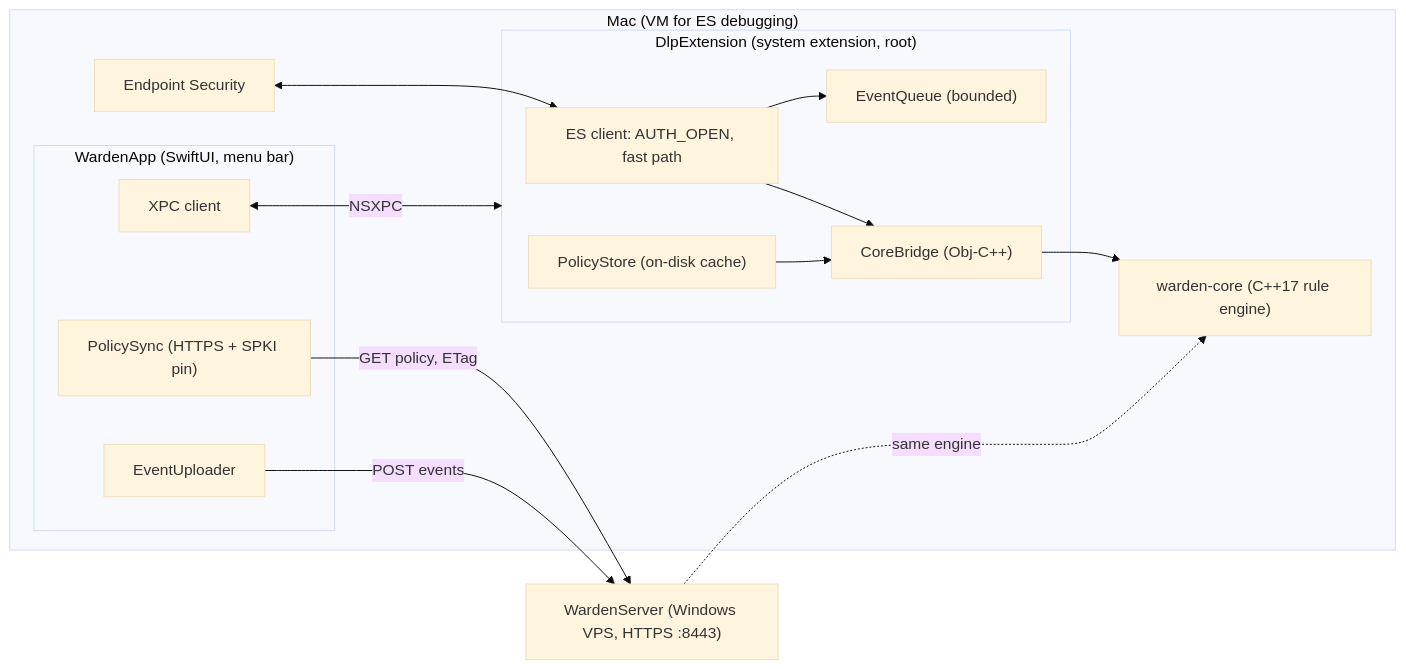
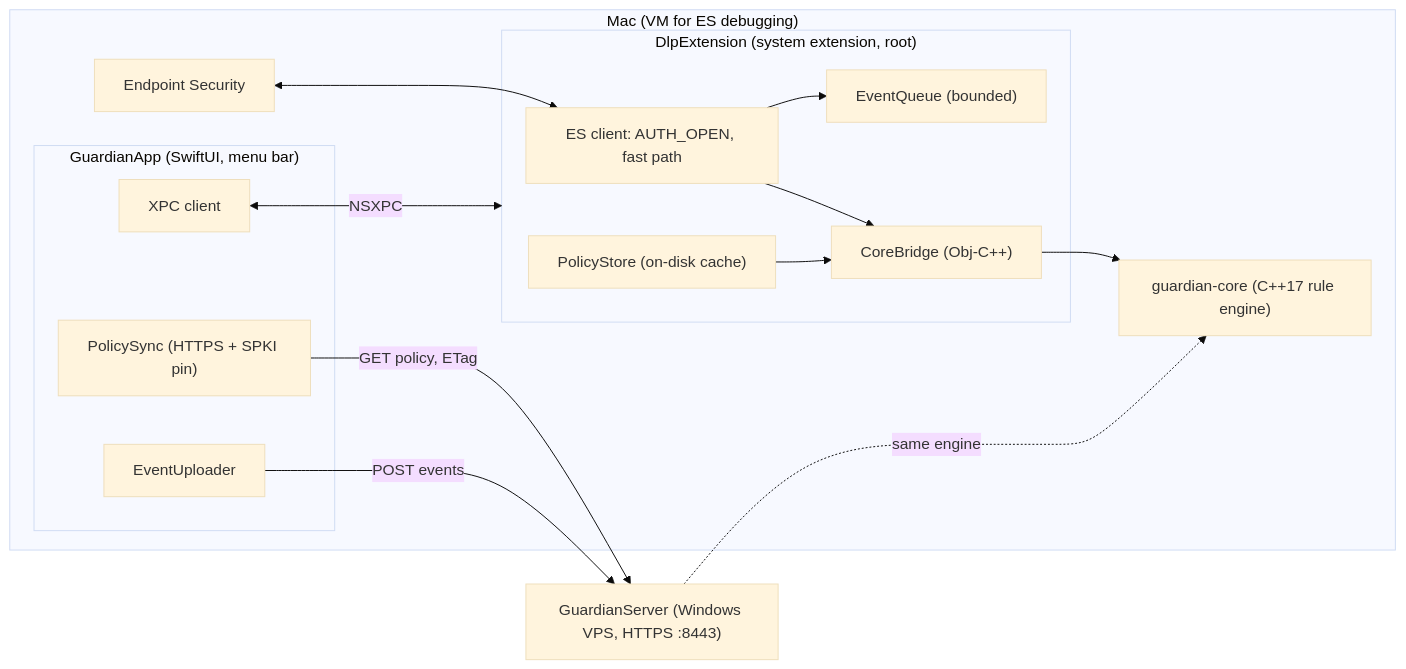
One commit to EugeneHil/guardian-macos changed the diagram in README.md. Above: the diagram before and after it, drawn with Mermaid (base theme). The commit also changed other lines of this file and 16 other files, not shown here.

First line of the commit message:
docs: rename Warden to Guardian in documentation (#24)

````diff
--- a/README.md
+++ b/README.md
@@ -12,27 +12,27 @@
 ```mermaid
 flowchart LR
   subgraph Mac["Mac (VM for ES debugging)"]
-    subgraph App["WardenApp (SwiftUI, menu bar)"]
+    subgraph App["GuardianApp (SwiftUI, menu bar)"]
       Sync["PolicySync (HTTPS + SPKI pin)"]
       Up["EventUploader"]
       Link["XPC client"]
     end
     subgraph Ext["DlpExtension (system extension, root)"]
       ES["ES client: AUTH_OPEN, fast path"]
       Store["PolicyStore (on-disk cache)"]
       Queue["EventQueue (bounded)"]
       Bridge["CoreBridge (Obj-C++)"]
     end
     Kernel["Endpoint Security"]
-    Core["warden-core (C++17 rule engine)"]
+    Core["guardian-core (C++17 rule engine)"]
   end
-  Server["WardenServer (Windows VPS, HTTPS :8443)"]
+  Server["GuardianServer (Windows VPS, HTTPS :8443)"]
   Kernel <--> ES
   ES --> Bridge --> Core
   ES --> Queue
   Store --> Bridge
   Link <-->|"NSXPC"| Ext
   Sync -->|"GET policy, ETag"| Server
   Up -->|"POST events"| Server
   Server -.->|"same engine"| Core
 ```
````
